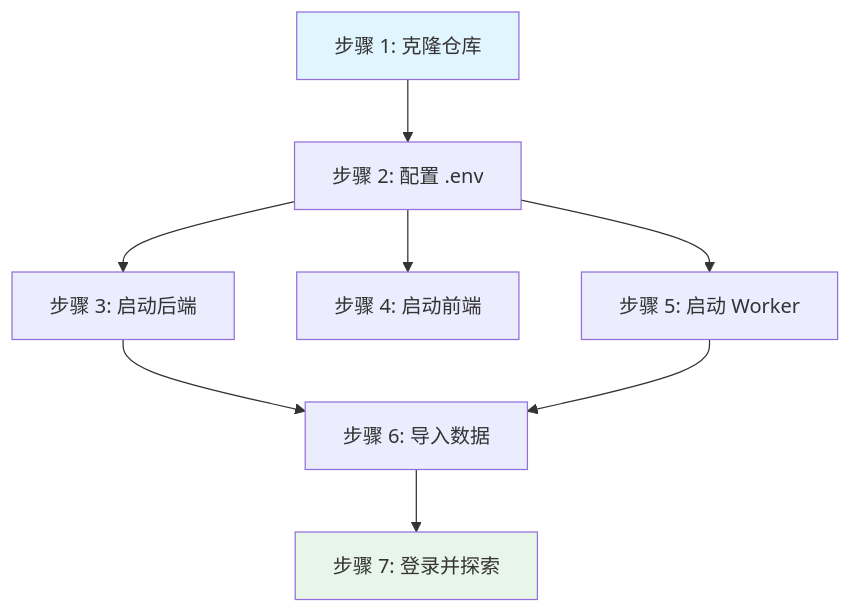
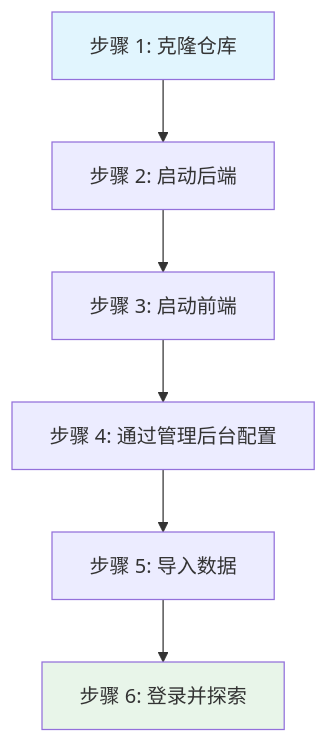
Before and after one commit to XUranus/ibkr-dash: the diagram in docs/i18n/zh-CN/docusaurus-plugin-content-docs/current/getting-started.md, drawn with Mermaid. The commit also changed other lines of this file and 152 other files, not shown here.

````diff
--- a/docs/i18n/zh-CN/docusaurus-plugin-content-docs/current/getting-started.md
+++ b/docs/i18n/zh-CN/docusaurus-plugin-content-docs/current/getting-started.md
@@ -37,13 +33,11 @@
 ```mermaid
 flowchart TD
-    A["步骤 1: 克隆仓库"] --> B["步骤 2: 配置 .env"]
-    B --> C["步骤 3: 启动后端"]
-    B --> D["步骤 4: 启动前端"]
-    B --> E["步骤 5: 启动 Worker"]
-    C --> F["步骤 6: 导入数据"]
-    E --> F
-    F --> G["步骤 7: 登录并探索"]
+    A["步骤 1: 克隆仓库"] --> B["步骤 2: 启动后端"]
+    B --> C["步骤 3: 启动前端"]
+    C --> D["步骤 4: 通过管理后台配置"]
+    D --> E["步骤 5: 导入数据"]
+    E --> F["步骤 6: 登录并探索"]
 
     style A fill:#e1f5fe
-    style G fill:#e8f5e9
+    style F fill:#e8f5e9
 ```
````
